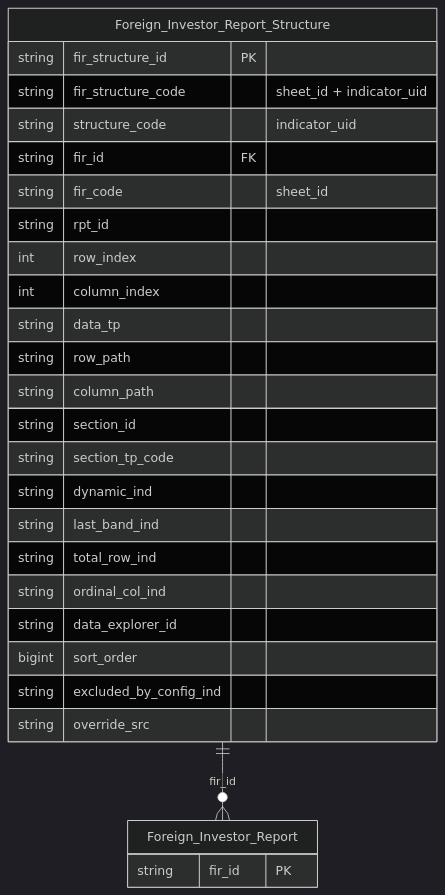
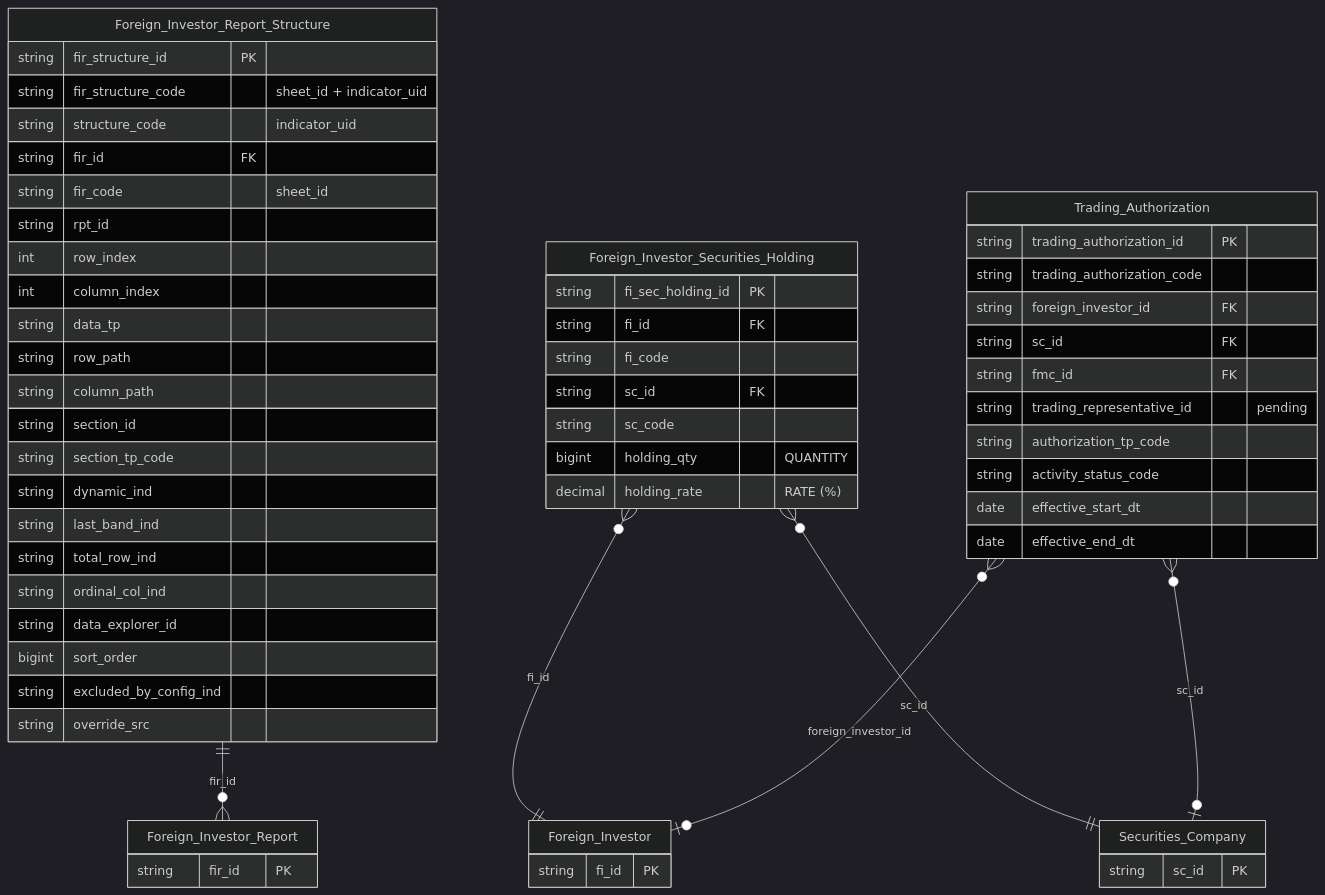
The second of 2 diagrams in DataModel/working/Atomic/hld/FIMS_HLD_Tier2.md (linhlvit/ubck_atomic_design), drawn with Mermaid (dark theme) before and after one commit. The commit also changed other lines of this file and 61 other files, not shown here.

````diff
--- a/DataModel/working/Atomic/hld/FIMS_HLD_Tier2.md
+++ b/DataModel/working/Atomic/hld/FIMS_HLD_Tier2.md
@@ -24,32 +39,69 @@
 ```mermaid
 erDiagram
     Foreign_Investor_Report {
         string fir_id PK
     }
 
     Foreign_Investor_Report_Structure {
         string fir_structure_id PK
         string fir_structure_code "sheet_id + indicator_uid"
         string structure_code "indicator_uid"
         string fir_id FK
         string fir_code "sheet_id"
         string rpt_id
         int row_index
         int column_index
         string data_tp
         string row_path
         string column_path
         string section_id
         string section_tp_code
         string dynamic_ind
         string last_band_ind
         string total_row_ind
         string ordinal_col_ind
         string data_explorer_id
         bigint sort_order
         string excluded_by_config_ind
         string override_src
     }
 
     Foreign_Investor_Report_Structure ||--o{ Foreign_Investor_Report : "fir_id"
+
+    Foreign_Investor {
+        string fi_id PK
+    }
+
+    Securities_Company {
+        string sc_id PK
+    }
+
+    Foreign_Investor_Securities_Holding {
+        string fi_sec_holding_id PK
+        string fi_id FK
+        string fi_code
+        string sc_id FK
+        string sc_code
+        bigint holding_qty "QUANTITY"
+        decimal holding_rate "RATE (%)"
+    }
+
+    Foreign_Investor_Securities_Holding }o--|| Foreign_Investor : "fi_id"
+    Foreign_Investor_Securities_Holding }o--|| Securities_Company : "sc_id"
+
+    Trading_Authorization {
+        string trading_authorization_id PK
+        string trading_authorization_code
+        string foreign_investor_id FK
+        string sc_id FK
+        string fmc_id FK
+        string trading_representative_id "pending"
+        string authorization_tp_code
+        string activity_status_code
+        date effective_start_dt
+        date effective_end_dt
+    }
+
+    Trading_Authorization }o--o| Foreign_Investor : "foreign_investor_id"
+    Trading_Authorization }o--o| Securities_Company : "sc_id"
 ```
````
